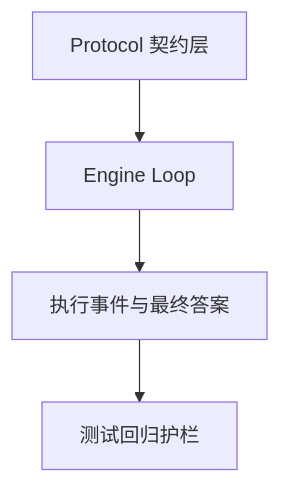
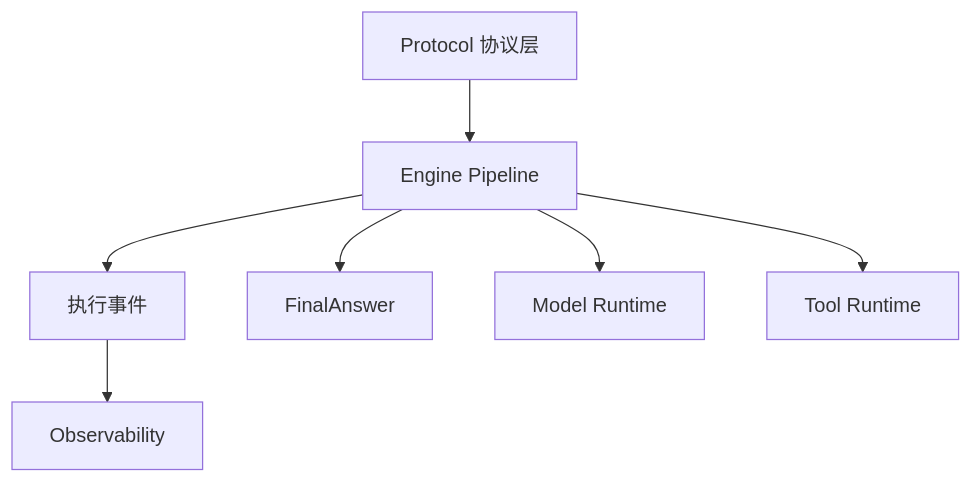
One commit to 869413421/build_agent changed the second of 4 diagrams in docs/tutorials/03-从0到1工业级Agent框架打造-第三章-Engine循环-反思机制与生产约束.md. Above: the diagram before and after it, drawn with Mermaid. The commit also changed other lines of this file and 12 other files, not shown here.

````diff
--- a/docs/tutorials/03-从0到1工业级Agent框架打造-第三章-Engine循环-反思机制与生产约束.md
+++ b/docs/tutorials/03-从0到1工业级Agent框架打造-第三章-Engine循环-反思机制与生产约束.md
@@ -28,6 +36,9 @@
 ```mermaid
 flowchart TD
-  A[Protocol 契约层] --> B[Engine Loop]
-  B --> C[执行事件与最终答案]
-  C --> D[测试回归护栏]
+  A[Protocol 协议层] --> B[Engine Pipeline]
+  B --> C[执行事件]
+  B --> D[FinalAnswer]
+  C --> E[Observability]
+  B --> F[Model Runtime]
+  B --> G[Tool Runtime]
 ```
````
